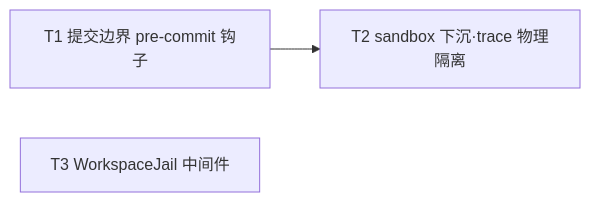
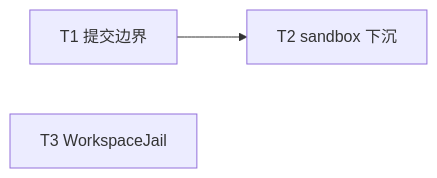
One commit to Curry09/AHE-Beta changed the diagram in docs/specs/0015-dev-overfit-isolation.md. Above: the diagram before and after it, drawn with Mermaid. The commit also changed other lines of this file and 5 other files, not shown here.

````diff
--- a/docs/specs/0015-dev-overfit-isolation.md
+++ b/docs/specs/0015-dev-overfit-isolation.md
@@ -103,7 +88,7 @@
 ```mermaid
 graph LR
-  T1[T1 提交边界 pre-commit 钩子]
-  T2[T2 sandbox 下沉·trace 物理隔离]
-  T3[T3 WorkspaceJail 中间件]
+  T1[T1 提交边界]
+  T2[T2 sandbox 下沉]
+  T3[T3 WorkspaceJail]
   T1 --> T2
 ```
````
